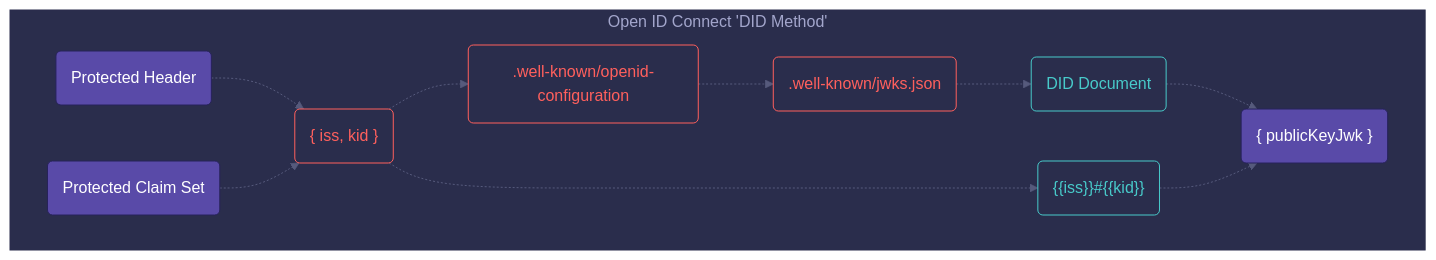
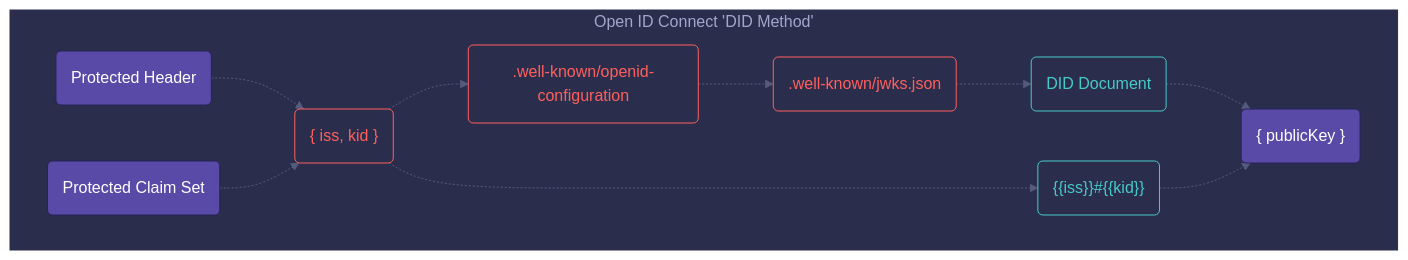
One commit to transmute-industries/did-transmute changed the third of 3 diagrams in README.md. Above: the diagram before and after it, drawn with Mermaid. The commit also changed other lines of this file and 15 other files, not shown here.

````diff
--- a/README.md
+++ b/README.md
@@ -304,56 +306,56 @@
 ```mermaid
 %%{
   init: {
     'theme': 'base',
     'themeVariables': {
       'primaryColor': '#2a2d4c',
       'primaryTextColor': '#565a7c',
       'nodeBorder': '#565a7c',
       'edgeLabelBackground': '#2a2d4c',
       'clusterBkg': '#2a2d4c',
       'clusterBorder': '#2a2d4c',
       'lineColor': '#565a7c',
       'fontFamily': 'monospace',
       'darkmode': true
     }
   }
 }%%
 %% Support https://transmute.industries
 
 flowchart LR
 subgraph 0 [Open ID Connect 'DID Method']
 direction LR
 ProtectedHeader("Protected Header")
 ProtectedClaimSet("Protected Claim Set")
 DecodedVerificationMethodComponents("{ iss, kid }")
 WellKnownConfig(".well-known/openid-configuration")
 WellKnownJwks(".well-known/jwks.json")
 DidDocument("DID Document")
 
 ProtectedHeader -.-> DecodedVerificationMethodComponents
 ProtectedClaimSet -.-> DecodedVerificationMethodComponents
 DecodedVerificationMethodComponents -.-> WellKnownConfig
 WellKnownConfig -.-> WellKnownJwks
 WellKnownJwks -.-> DidDocument
 
 VerificationMethod("{{iss}}#{{kid}}")
 DecodedVerificationMethodComponents -.-> VerificationMethod
 
-DidDocument -.-> PublicKeyJwk
-PublicKeyJwk("{ publicKeyJwk }")
-VerificationMethod -.-> PublicKeyJwk
+DidDocument -.-> publicKey
+publicKey("{ publicKey }")
+VerificationMethod -.-> publicKey
 
-class ProtectedHeader,ProtectedClaimSet,PublicKeyJwk PurpleNode
+class ProtectedHeader,ProtectedClaimSet,publicKey PurpleNode
 class DecodedVerificationMethodComponents,WellKnownConfig,WellKnownJwks RedNode
 class DidDocument,VerificationMethod TealNode
 
 classDef PurpleNode color:#fff, fill:#594aa8, stroke:#27225b, stroke-width:1px;
 classDef RedNode color:#ff605d, stroke:#ff605d, stroke-width:1px;
 classDef OrangeNode color:#fcb373, stroke:#fcb373, stroke-width:1px;
 classDef GreyNode fill:#f5f7fd, stroke:#f5f7fd, stroke-width:1px;
 classDef WhiteNode color:#fff, stroke:#fff, stroke-width:1px;
 classDef DarkPurpleNode color:#f5f7fd, fill:#27225b, stroke:#f5f7fd, stroke-width:1px;
 classDef TealNode color:#48caca, stroke:#48caca, stroke-width:1px;
 classDef AquaNode color:#2cb3d9, stroke:#2cb3d9, stroke-width:1px;
 end
 ```
````
